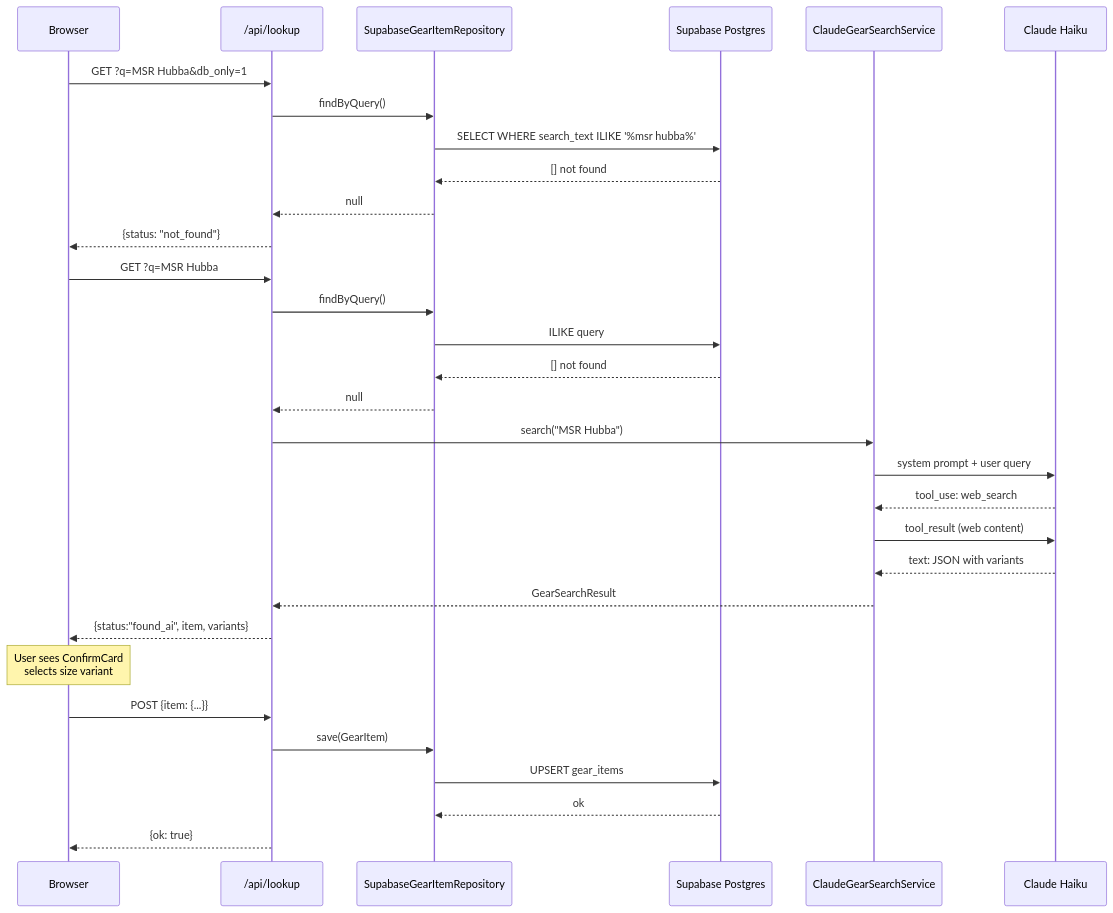
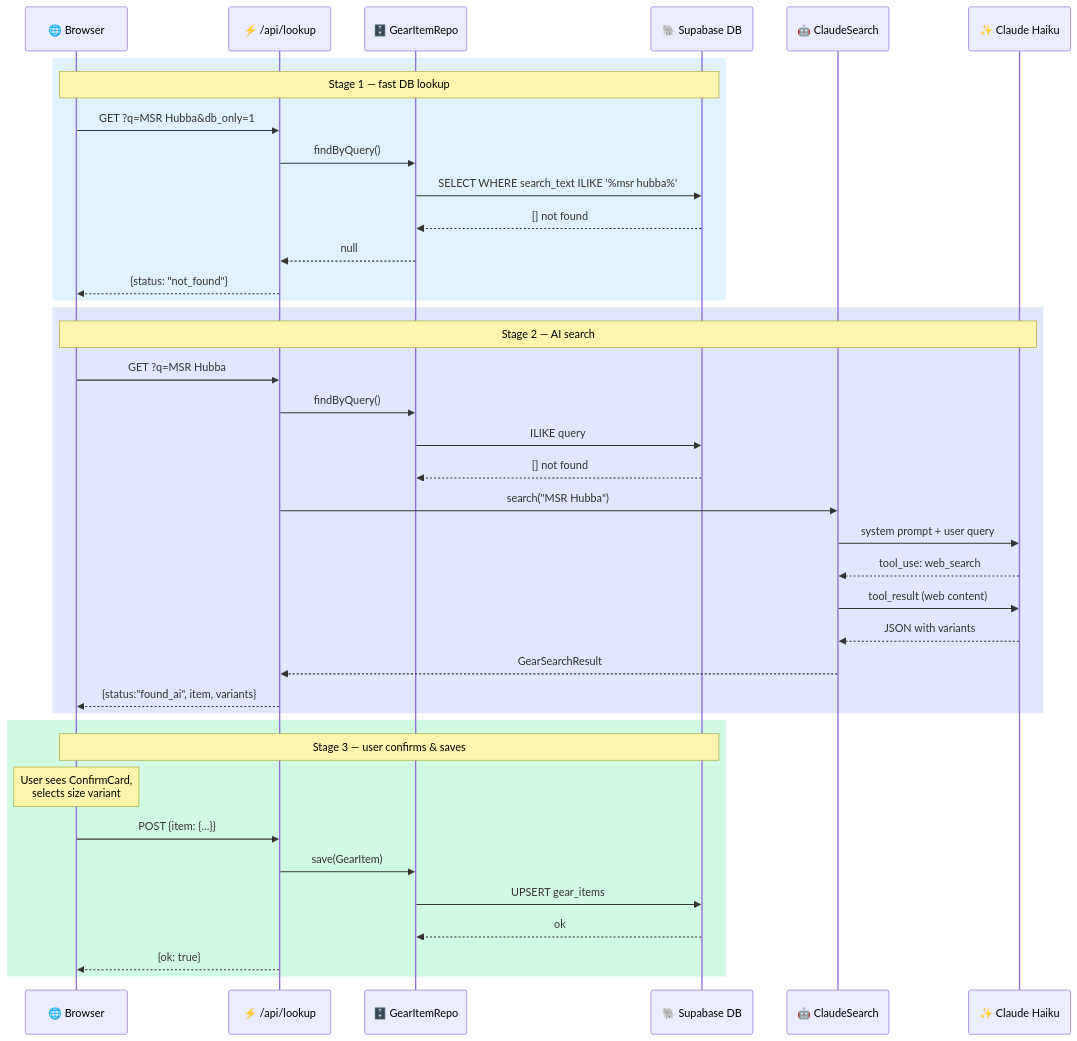
One commit to alexzhel-io/veloadout changed the third of 14 diagrams in docs/architecture.md. Above: the diagram before and after it, drawn with Mermaid. The commit also changed other lines of this file and 1 other file, not shown here.

Commit message:
docs: translate to English, pastel colors on all diagrams

````diff
--- a/docs/architecture.md
+++ b/docs/architecture.md
@@ -130,37 +130,44 @@
 ```mermaid
 sequenceDiagram
-    participant B as Browser
-    participant API as /api/lookup
-    participant Repo as SupabaseGearItemRepository
-    participant DB as Supabase Postgres
-    participant AI as ClaudeGearSearchService
-    participant LLM as Claude Haiku
+    participant B as 🌐 Browser
+    participant API as ⚡ /api/lookup
+    participant Repo as 🗄️ GearItemRepo
+    participant DB as 🐘 Supabase DB
+    participant AI as 🤖 ClaudeSearch
+    participant LLM as ✨ Claude Haiku
 
-    B->>API: GET ?q=MSR Hubba&db_only=1
-    API->>Repo: findByQuery()
-    Repo->>DB: SELECT WHERE search_text ILIKE '%msr hubba%'
-    DB-->>Repo: [] not found
-    Repo-->>API: null
-    API-->>B: {status: "not_found"}
+    rect rgb(224, 242, 254)
+        Note over B,DB: Stage 1 — fast DB lookup
+        B->>API: GET ?q=MSR Hubba&db_only=1
+        API->>Repo: findByQuery()
+        Repo->>DB: SELECT WHERE search_text ILIKE '%msr hubba%'
+        DB-->>Repo: [] not found
+        Repo-->>API: null
+        API-->>B: {status: "not_found"}
+    end
 
-    B->>API: GET ?q=MSR Hubba
-    API->>Repo: findByQuery()
-    Repo->>DB: ILIKE query
-    DB-->>Repo: [] not found
-    Repo-->>API: null
-    API->>AI: search("MSR Hubba")
-    AI->>LLM: system prompt + user query
-    LLM-->>AI: tool_use: web_search
-    AI->>LLM: tool_result (web content)
-    LLM-->>AI: text: JSON with variants
-    AI-->>API: GearSearchResult
-    API-->>B: {status:"found_ai", item, variants}
+    rect rgb(224, 231, 255)
+        Note over B,LLM: Stage 2 — AI search
+        B->>API: GET ?q=MSR Hubba
+        API->>Repo: findByQuery()
+        Repo->>DB: ILIKE query
+        DB-->>Repo: [] not found
+        API->>AI: search("MSR Hubba")
+        AI->>LLM: system prompt + user query
+        LLM-->>AI: tool_use: web_search
+        AI->>LLM: tool_result (web content)
+        LLM-->>AI: JSON with variants
+        AI-->>API: GearSearchResult
+        API-->>B: {status:"found_ai", item, variants}
+    end
 
-    Note over B: User sees ConfirmCard<br>selects size variant
-
-    B->>API: POST {item: {...}}
-    API->>Repo: save(GearItem)
-    Repo->>DB: UPSERT gear_items
-    DB-->>Repo: ok
-    API-->>B: {ok: true}
+    rect rgb(209, 250, 229)
+        Note over B,DB: Stage 3 — user confirms & saves
+        Note over B: User sees ConfirmCard,<br>selects size variant
+        B->>API: POST {item: {...}}
+        API->>Repo: save(GearItem)
+        Repo->>DB: UPSERT gear_items
+        DB-->>Repo: ok
+        API-->>B: {ok: true}
+    end
 ```
````
